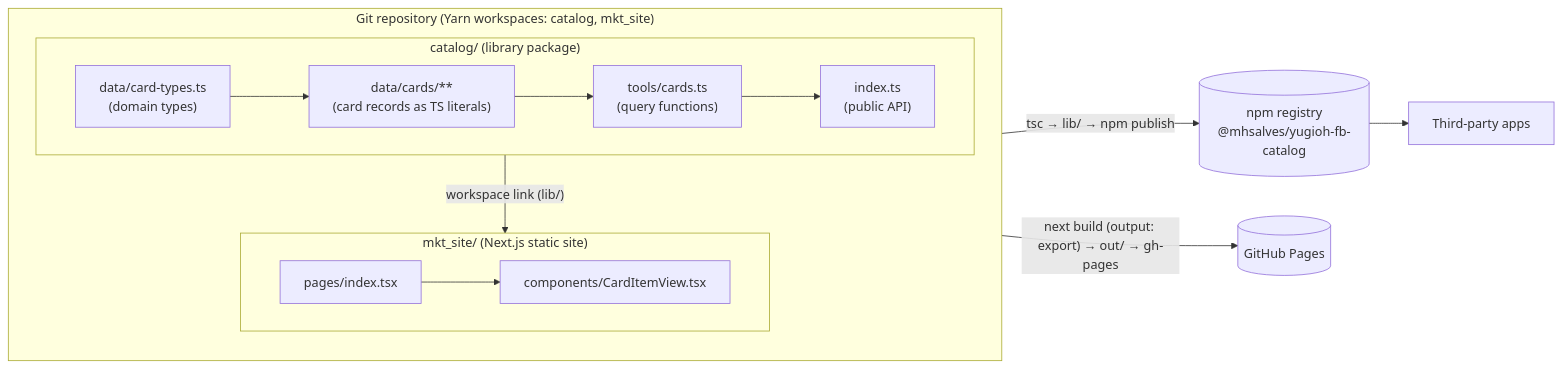
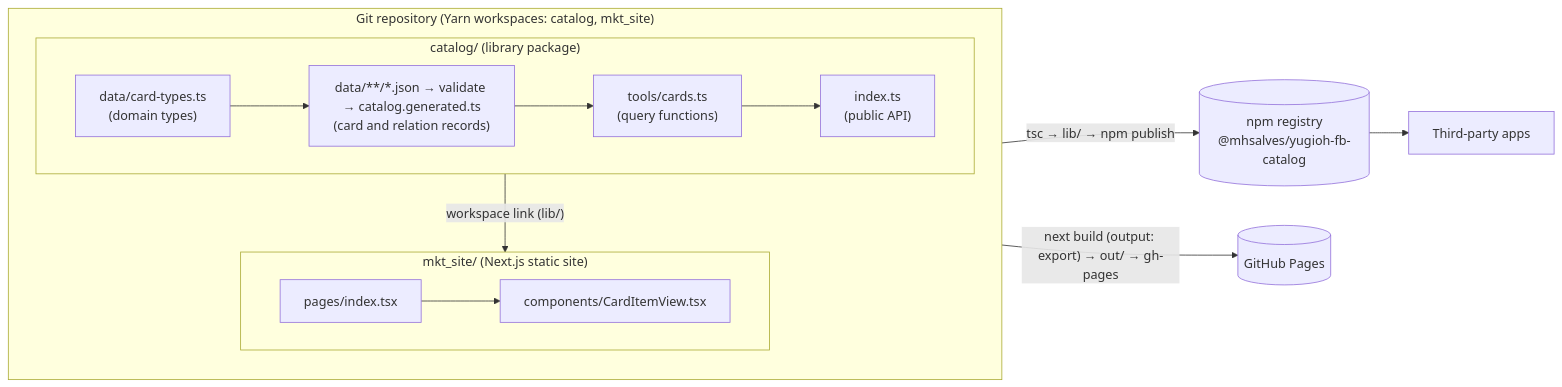
One commit to mhsalves/yugioh-fb-catalog changed the first of 4 diagrams in docs/ARCHITECTURE.md. Above: the diagram before and after it, drawn with Mermaid. The commit also changed other lines of this file and 8 other files, not shown here.

````diff
--- a/docs/ARCHITECTURE.md
+++ b/docs/ARCHITECTURE.md
@@ -22,23 +22,23 @@
 ```mermaid
 flowchart LR
     subgraph repo["Git repository (Yarn workspaces: catalog, mkt_site)"]
         direction TB
         subgraph catalog["catalog/ (library package)"]
             types["data/card-types.ts<br/>(domain types)"]
-            data["data/cards/**<br/>(card records as TS literals)"]
+            data["data/**/*.json → validate → catalog.generated.ts<br/>(card and relation records)"]
             tools["tools/cards.ts<br/>(query functions)"]
             entry["index.ts<br/>(public API)"]
             types --> data --> tools --> entry
         end
         subgraph site["mkt_site/ (Next.js static site)"]
             page["pages/index.tsx"]
             item["components/CardItemView.tsx"]
             page --> item
         end
         catalog -- "workspace link (lib/)" --> site
     end
 
     catalog -- "tsc → lib/ → npm publish" --> npm[("npm registry<br/>@mhsalves/yugioh-fb-catalog")]
     site -- "next build (output: export) → out/ → gh-pages" --> pages[("GitHub Pages")]
     npm --> consumers["Third-party apps"]
 ```
````
